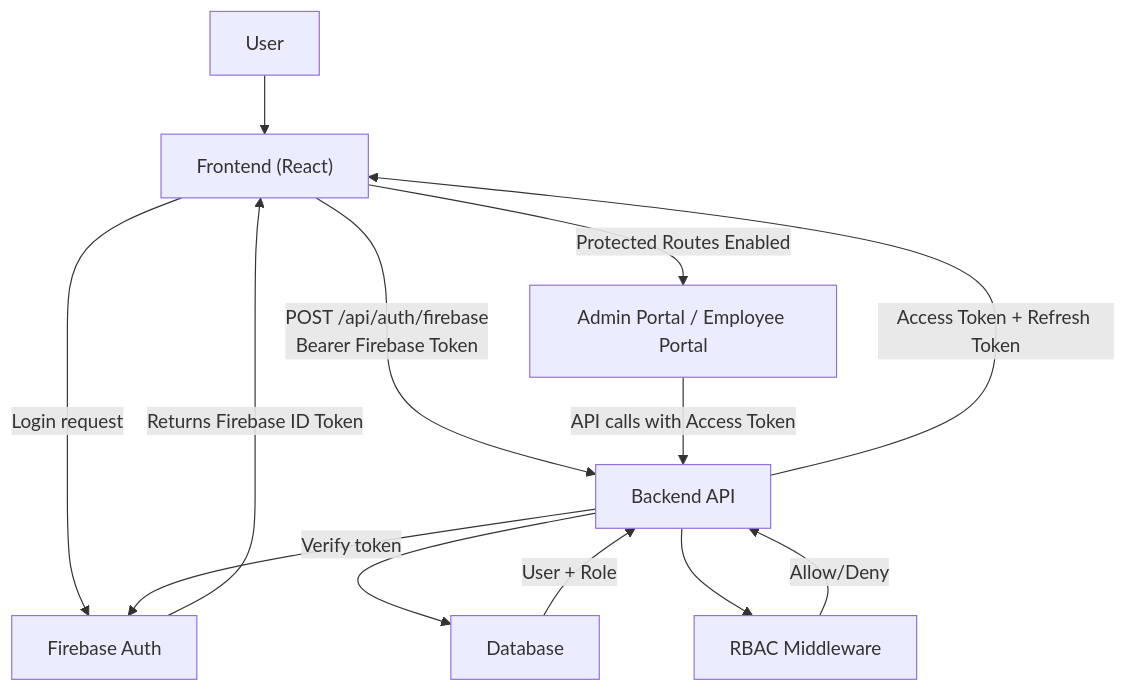
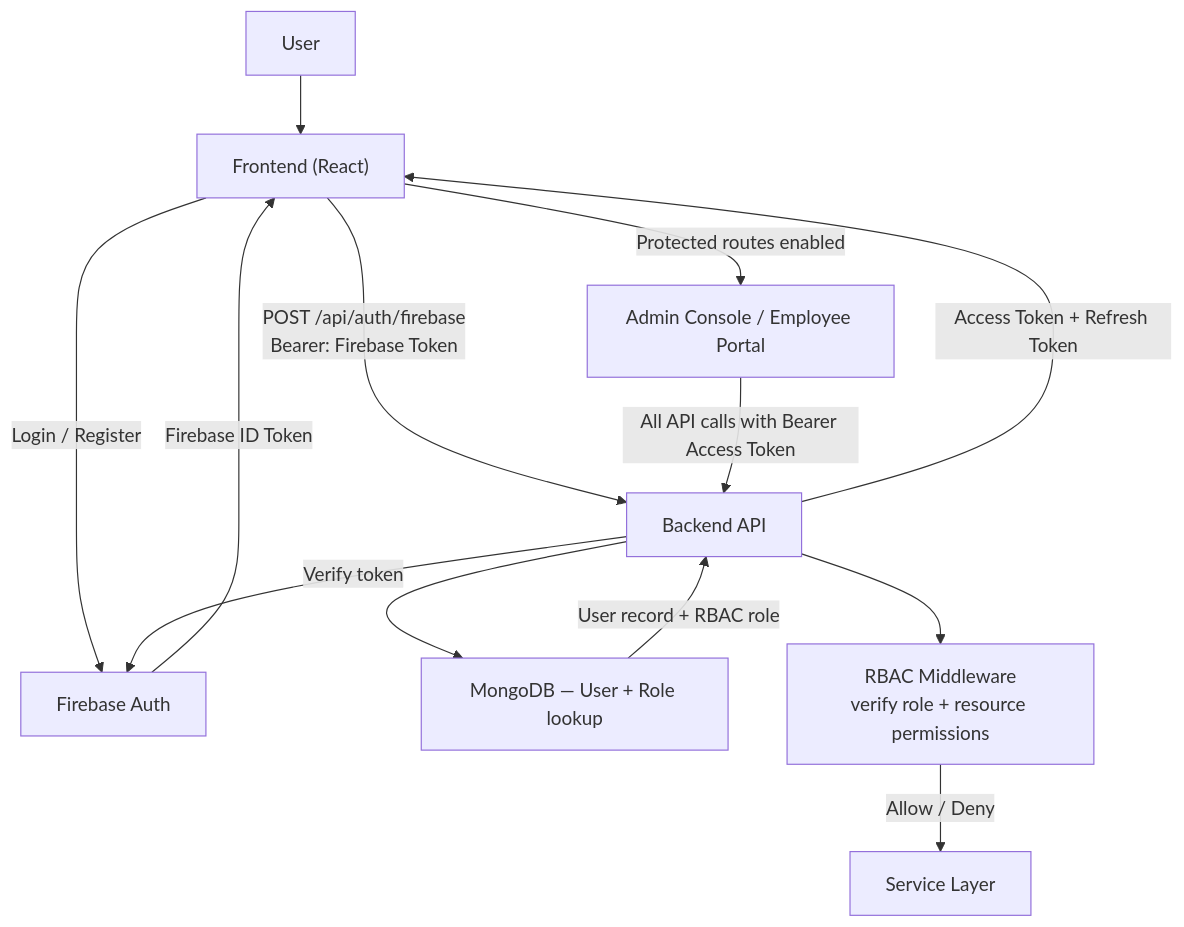
Before and after one commit to MRINALPRAKASHFSD/MINI_PROJECT_PARADIGM_SHIFT: the second of 5 diagrams in README.md, drawn with Mermaid. The commit also changed other lines of this file, not shown here.

````diff
--- a/README.md
+++ b/README.md
@@ -208,18 +402,15 @@
 ```mermaid
 flowchart TB
   U["User"] --> FE["Frontend (React)"]
-  FE -->|Login request| FB["Firebase Auth"]
-  FB -->|Returns Firebase ID Token| FE
-  FE -->|POST /api/auth/firebase\nBearer Firebase Token| API["Backend API"]
-
+  FE -->|Login / Register| FB["Firebase Auth"]
+  FB -->|Firebase ID Token| FE
+  FE -->|POST /api/auth/firebase\nBearer: Firebase Token| API["Backend API"]
   API -->|Verify token| FB
-  API --> DB["Database"]
-  DB -->|User + Role| API
-
+  API --> DB["MongoDB — User + Role lookup"]
+  DB -->|User record + RBAC role| API
   API -->|Access Token + Refresh Token| FE
-  FE -->|Protected Routes Enabled| APP["Admin Portal / Employee Portal"]
-
-  APP -->|API calls with Access Token| API
-  API --> RBAC["RBAC Middleware"]
-  RBAC -->|Allow/Deny| API
+  FE -->|Protected routes enabled| APP["Admin Console / Employee Portal"]
+  APP -->|All API calls with Bearer Access Token| API
+  API --> MW["RBAC Middleware\nverify role + resource permissions"]
+  MW -->|Allow / Deny| SVC["Service Layer"]
 ```
````
